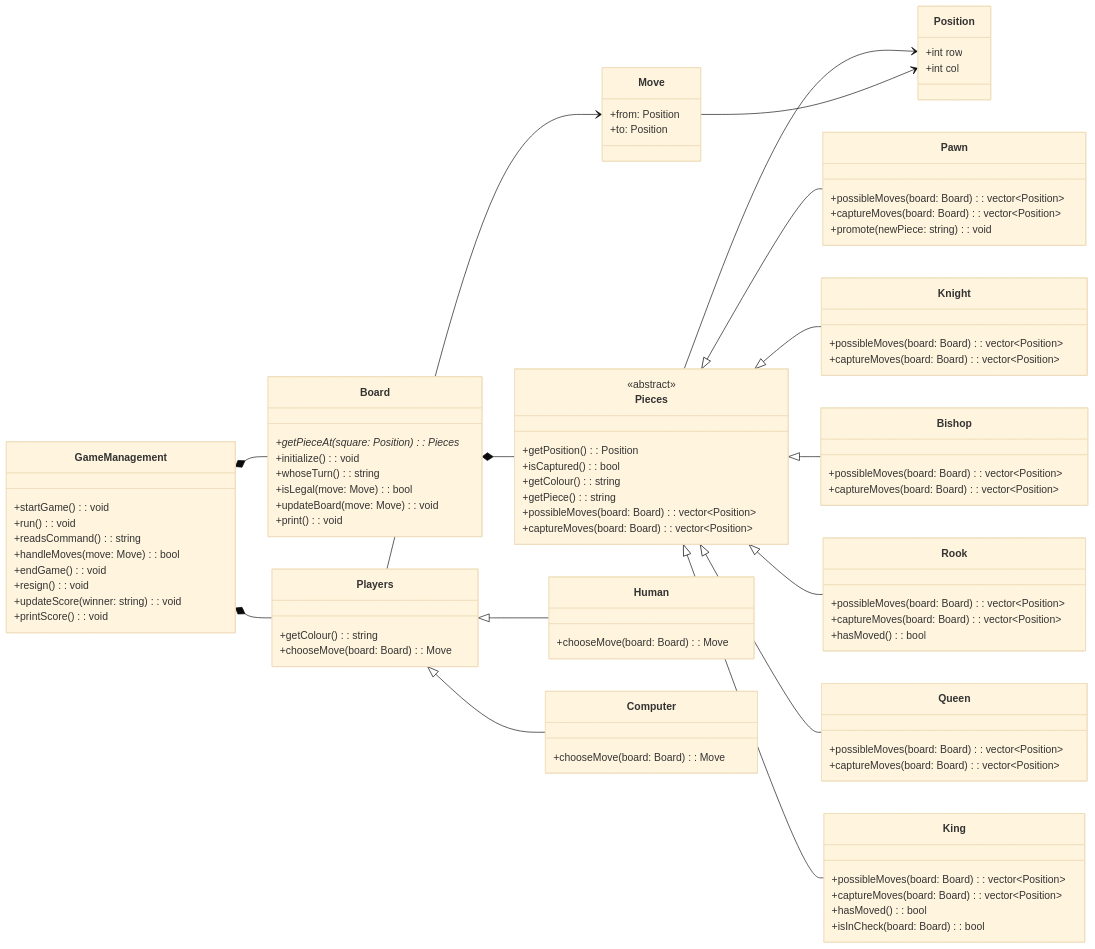
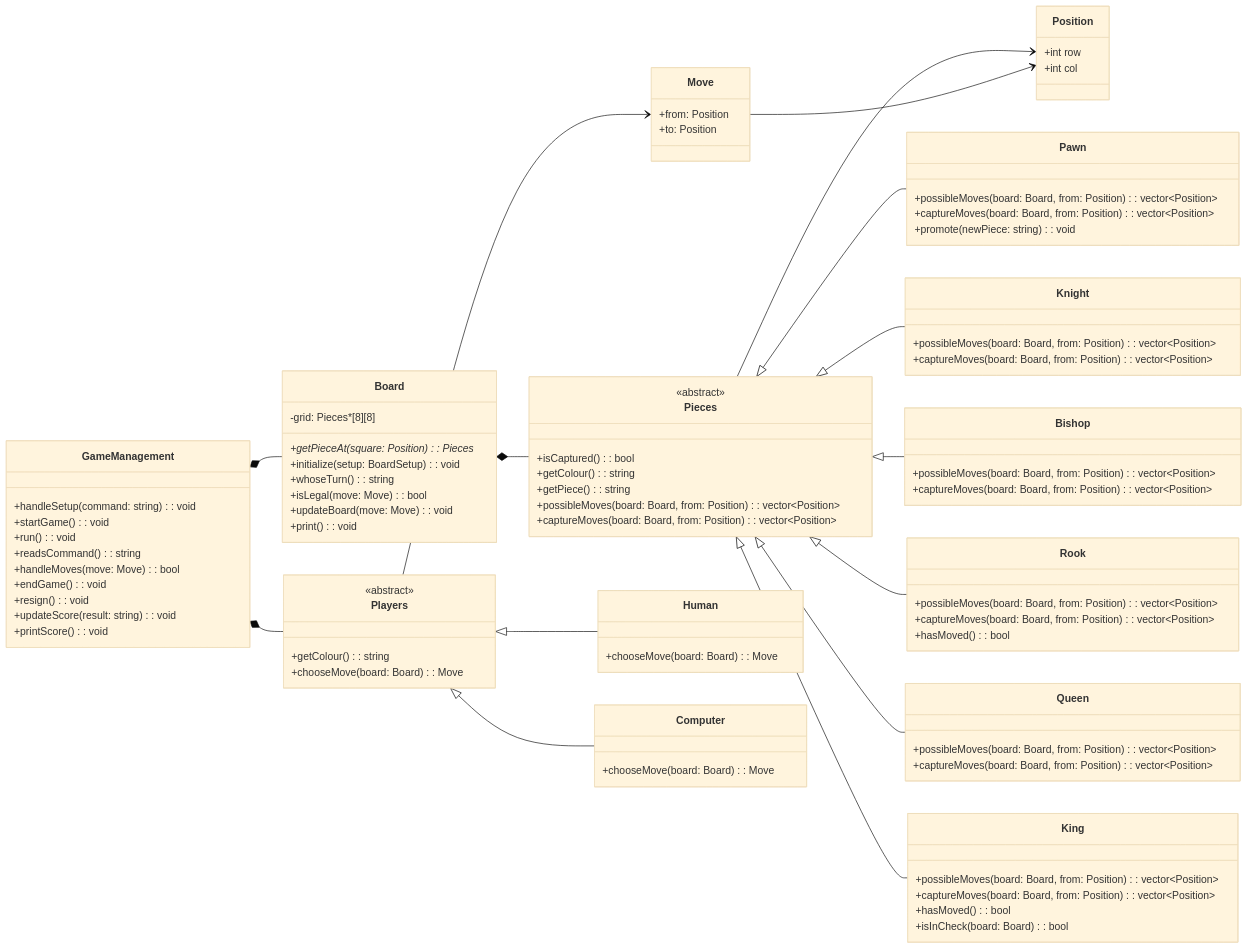
Before and after one commit to gbean-26/B07project: the diagram in PLAN.md, drawn with Mermaid (base theme). The commit also changed other lines of this file, not shown here.

Commit message:
updated UML and answered questions

```diff
--- a/PLAN.md
+++ b/PLAN.md
@@ -9,38 +9,37 @@
     }
     class Pieces {
         <<abstract>>
-        +getPosition(): Position
         +isCaptured(): bool
         +getColour(): string
         +getPiece(): string
-        +possibleMoves(board: Board): vector~Position~
-        +captureMoves(board: Board): vector~Position~
+        +possibleMoves(board: Board, from: Position): vector~Position~
+        +captureMoves(board: Board, from: Position): vector~Position~
     }
     class Pawn {
-        +possibleMoves(board: Board): vector~Position~
-        +captureMoves(board: Board): vector~Position~
+        +possibleMoves(board: Board, from: Position): vector~Position~
+        +captureMoves(board: Board, from: Position): vector~Position~
         +promote(newPiece: string): void
     }
     class Knight {
-        +possibleMoves(board: Board): vector~Position~
-        +captureMoves(board: Board): vector~Position~
+        +possibleMoves(board: Board, from: Position): vector~Position~
+        +captureMoves(board: Board, from: Position): vector~Position~
     }
     class Bishop {
-        +possibleMoves(board: Board): vector~Position~
-        +captureMoves(board: Board): vector~Position~
+        +possibleMoves(board: Board, from: Position): vector~Position~
+        +captureMoves(board: Board, from: Position): vector~Position~
     }
     class Rook {
-        +possibleMoves(board: Board): vector~Position~
-        +captureMoves(board: Board): vector~Position~
+        +possibleMoves(board: Board, from: Position): vector~Position~
+        +captureMoves(board: Board, from: Position): vector~Position~
         +hasMoved(): bool
     }
     class Queen {
-        +possibleMoves(board: Board): vector~Position~
-        +captureMoves(board: Board): vector~Position~
+        +possibleMoves(board: Board, from: Position): vector~Position~
+        +captureMoves(board: Board, from: Position): vector~Position~
     }
     class King {
-        +possibleMoves(board: Board): vector~Position~
-        +captureMoves(board: Board): vector~Position~
+        +possibleMoves(board: Board, from: Position): vector~Position~
+        +captureMoves(board: Board, from: Position): vector~Position~
         +hasMoved(): bool
         +isInCheck(board: Board): bool
     }
@@ -53,8 +52,9 @@
     Pieces <|-- King
 
     class Board {
+        -grid: Pieces*[8][8]
         +getPieceAt(square: Position): Pieces*
-        +initialize(): void
+        +initialize(setup: BoardSetup): void
         +whoseTurn(): string
         +isLegal(move: Move): bool
         +updateBoard(move: Move): void
@@ -67,6 +67,7 @@
     }
 
     class Players {
+        <<abstract>>
         +getColour(): string
         +chooseMove(board: Board): Move
     }
@@ -84,13 +85,14 @@
     
 
     class GameManagement {
+        +handleSetup(command: string): void
         +startGame(): void
         +run(): void
         +readsCommand(): string
         +handleMoves(move: Move): bool
         +endGame(): void
         +resign(): void
-        +updateScore(winner: string): void
+        +updateScore(result: string): void
         +printScore(): void
     }
 
```
